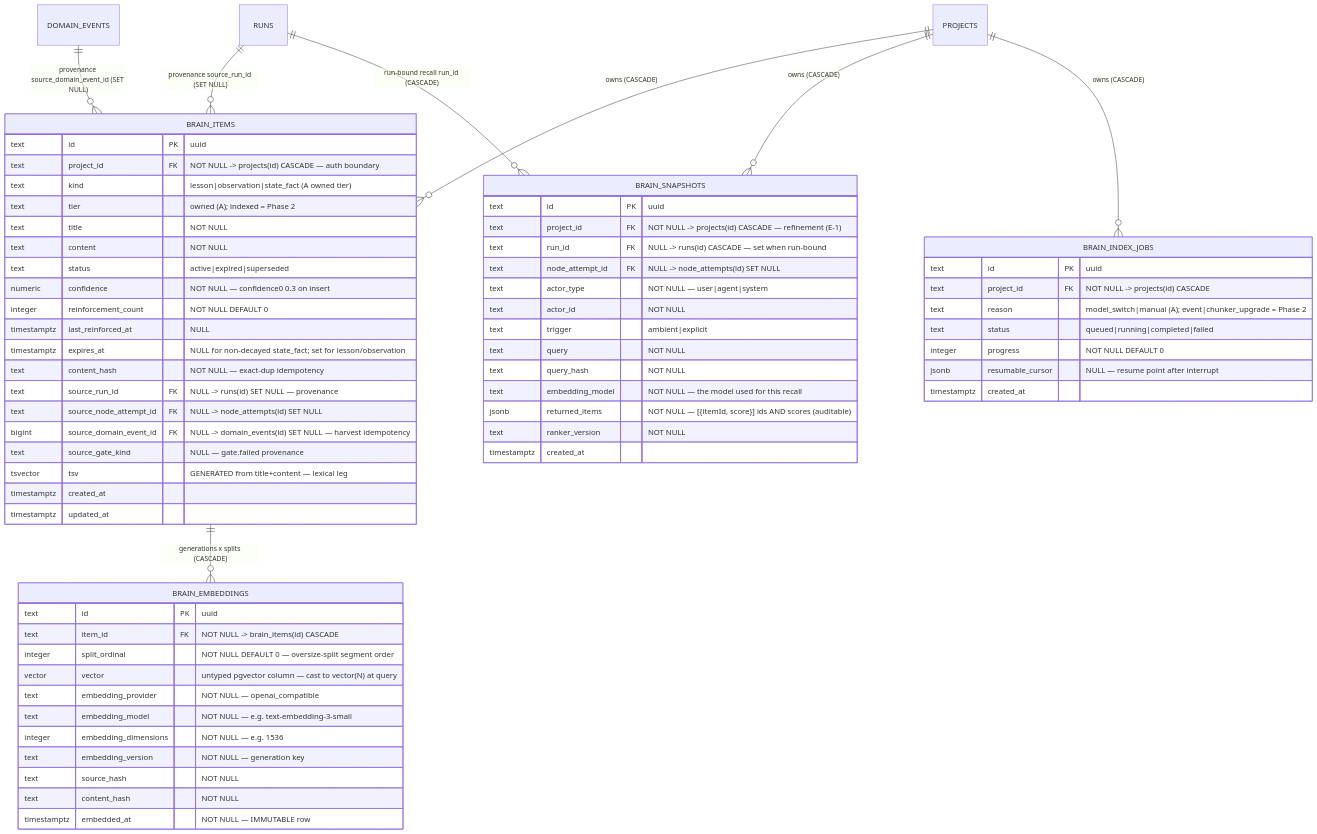
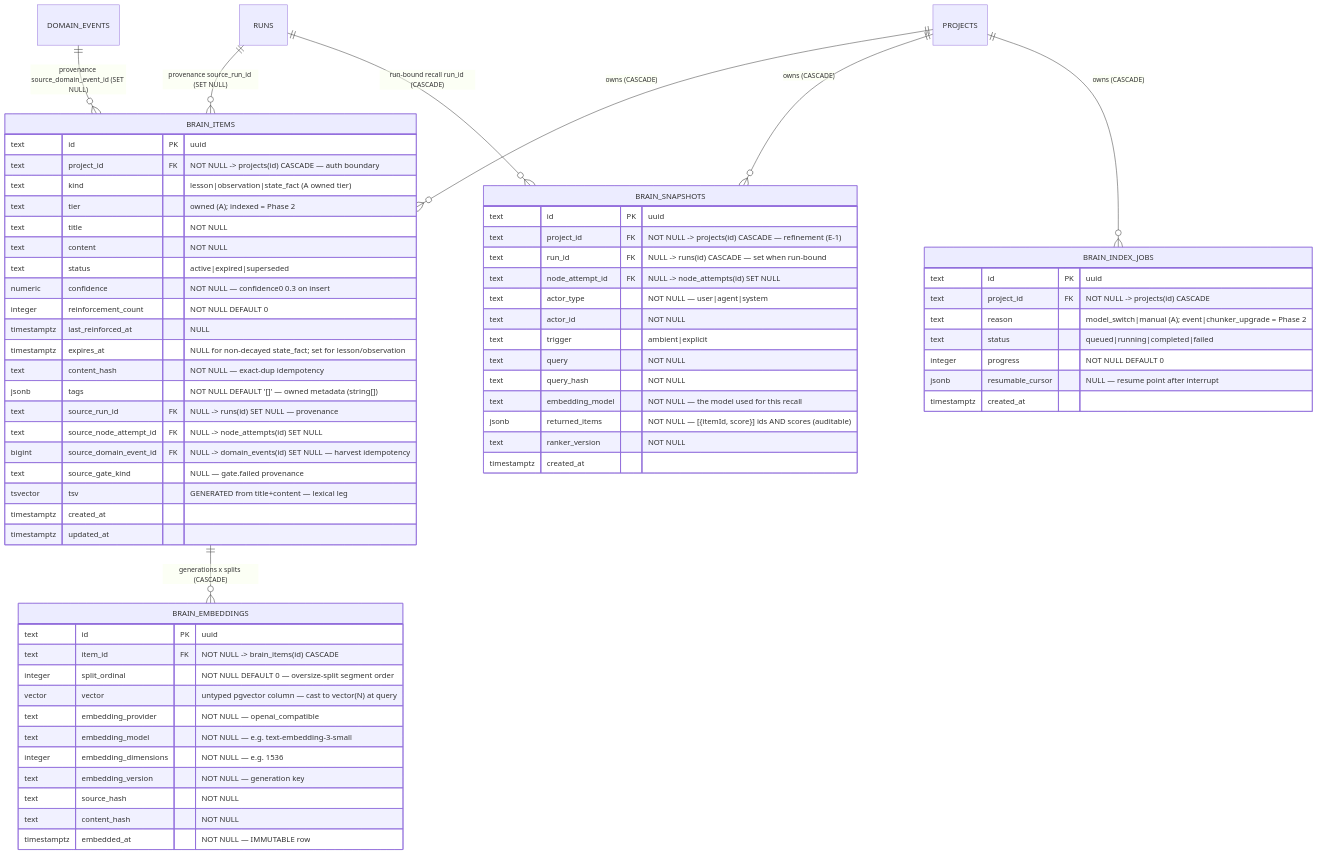
The diagram in docs/db/brain-domain.md (maister-dev/maister), drawn with Mermaid before and after one commit. The commit also changed 17 other files, not shown here.

````diff
--- a/docs/db/brain-domain.md
+++ b/docs/db/brain-domain.md
@@ -23,72 +23,73 @@
 ```mermaid
 erDiagram
     PROJECTS ||--o{ BRAIN_ITEMS : "owns (CASCADE)"
     PROJECTS ||--o{ BRAIN_SNAPSHOTS : "owns (CASCADE)"
     PROJECTS ||--o{ BRAIN_INDEX_JOBS : "owns (CASCADE)"
     BRAIN_ITEMS ||--o{ BRAIN_EMBEDDINGS : "generations x splits (CASCADE)"
     RUNS ||--o{ BRAIN_ITEMS : "provenance source_run_id (SET NULL)"
     DOMAIN_EVENTS ||--o{ BRAIN_ITEMS : "provenance source_domain_event_id (SET NULL)"
     RUNS ||--o{ BRAIN_SNAPSHOTS : "run-bound recall run_id (CASCADE)"
 
     BRAIN_ITEMS {
         text id PK "uuid"
         text project_id FK "NOT NULL -> projects(id) CASCADE — auth boundary"
         text kind "lesson|observation|state_fact (A owned tier)"
         text tier "owned (A); indexed = Phase 2"
         text title "NOT NULL"
         text content "NOT NULL"
         text status "active|expired|superseded"
         numeric confidence "NOT NULL — confidence0 0.3 on insert"
         integer reinforcement_count "NOT NULL DEFAULT 0"
         timestamptz last_reinforced_at "NULL"
         timestamptz expires_at "NULL for non-decayed state_fact; set for lesson/observation"
         text content_hash "NOT NULL — exact-dup idempotency"
+        jsonb tags "NOT NULL DEFAULT '[]' — owned metadata (string[])"
         text source_run_id FK "NULL -> runs(id) SET NULL — provenance"
         text source_node_attempt_id FK "NULL -> node_attempts(id) SET NULL"
         bigint source_domain_event_id FK "NULL -> domain_events(id) SET NULL — harvest idempotency"
         text source_gate_kind "NULL — gate.failed provenance"
         tsvector tsv "GENERATED from title+content — lexical leg"
         timestamptz created_at
         timestamptz updated_at
     }
 
     BRAIN_EMBEDDINGS {
         text id PK "uuid"
         text item_id FK "NOT NULL -> brain_items(id) CASCADE"
         integer split_ordinal "NOT NULL DEFAULT 0 — oversize-split segment order"
         vector vector "untyped pgvector column — cast to vector(N) at query"
         text embedding_provider "NOT NULL — openai_compatible"
         text embedding_model "NOT NULL — e.g. text-embedding-3-small"
         integer embedding_dimensions "NOT NULL — e.g. 1536"
         text embedding_version "NOT NULL — generation key"
         text source_hash "NOT NULL"
         text content_hash "NOT NULL"
         timestamptz embedded_at "NOT NULL — IMMUTABLE row"
     }
 
     BRAIN_SNAPSHOTS {
         text id PK "uuid"
         text project_id FK "NOT NULL -> projects(id) CASCADE — refinement (E-1)"
         text run_id FK "NULL -> runs(id) CASCADE — set when run-bound"
         text node_attempt_id FK "NULL -> node_attempts(id) SET NULL"
         text actor_type "NOT NULL — user|agent|system"
         text actor_id "NOT NULL"
         text trigger "ambient|explicit"
         text query "NOT NULL"
         text query_hash "NOT NULL"
         text embedding_model "NOT NULL — the model used for this recall"
         jsonb returned_items "NOT NULL — [{itemId, score}] ids AND scores (auditable)"
         text ranker_version "NOT NULL"
         timestamptz created_at
     }
 
     BRAIN_INDEX_JOBS {
         text id PK "uuid"
         text project_id FK "NOT NULL -> projects(id) CASCADE"
         text reason "model_switch|manual (A); event|chunker_upgrade = Phase 2"
         text status "queued|running|completed|failed"
         integer progress "NOT NULL DEFAULT 0"
         jsonb resumable_cursor "NULL — resume point after interrupt"
         timestamptz created_at
     }
 ```
````
